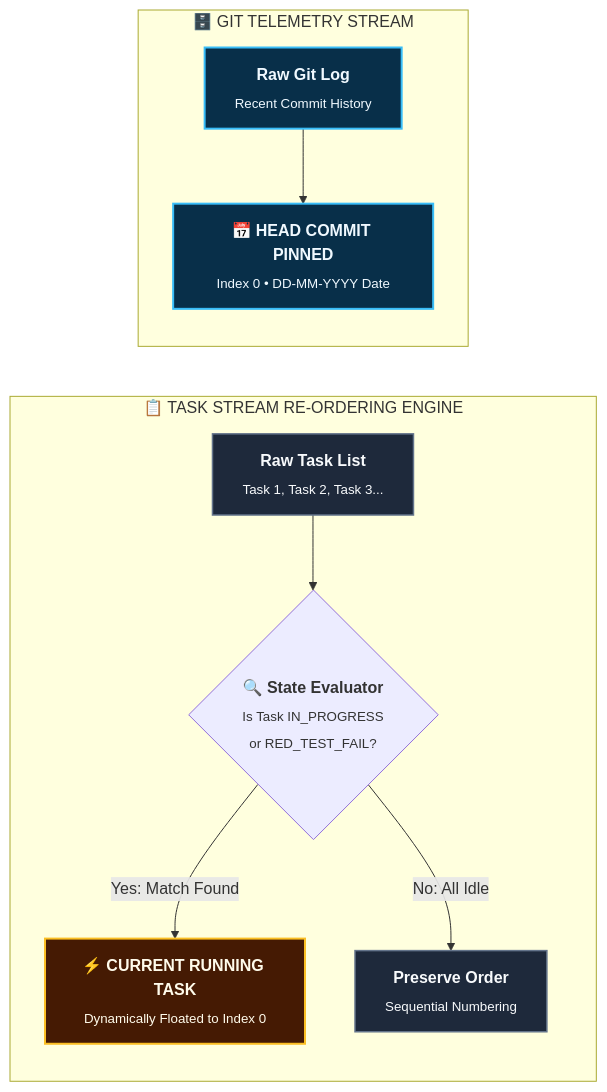
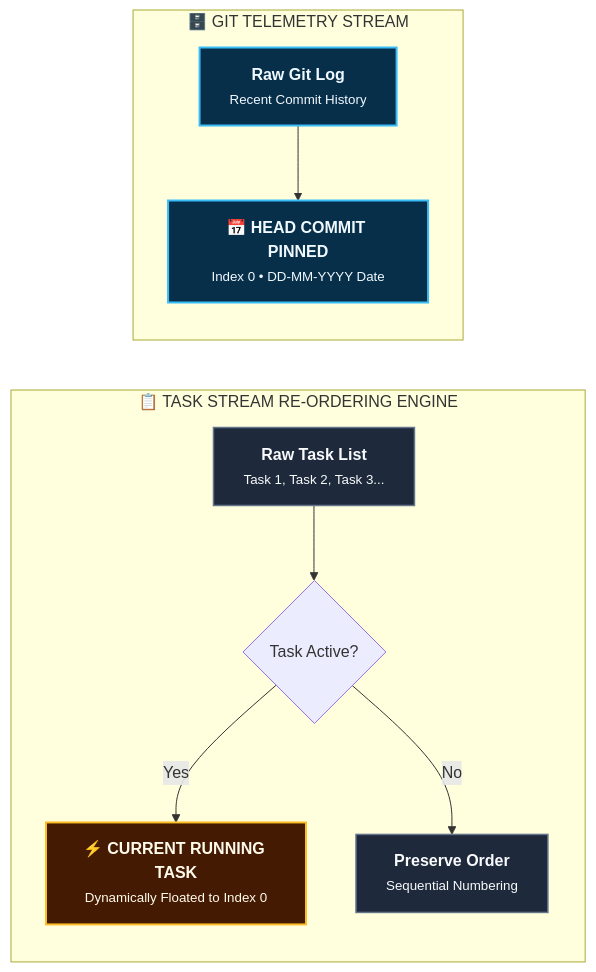
One commit to rmsofficialsyt/Agentic-AI-Vibe-Coding-AND-SDD-TDD-Codebase-Chandan-Adhikary changed the second of 4 diagrams in SDD-TDD-Chandan-Adhikary/Spec-Driven-Development/Project-Manager-Dashboard/README.md. Above: the diagram before and after it, drawn with Mermaid. The commit also changed other lines of this file and 27 other files, not shown here.

Commit message:
docs: resolve text overlap and scattering across all diagrams via semantic typography and layout contracts

````diff
--- a/SDD-TDD-Chandan-Adhikary/Spec-Driven-Development/Project-Manager-Dashboard/README.md
+++ b/SDD-TDD-Chandan-Adhikary/Spec-Driven-Development/Project-Manager-Dashboard/README.md
@@ -67,16 +69,16 @@
 ```mermaid
 flowchart LR
     classDef active fill:#451a03,stroke:#fbbf24,stroke-width:2px,color:#fffbeb;
     classDef normal fill:#1e293b,stroke:#64748b,stroke-width:1.5px,color:#f8fafc;
     classDef git fill:#082f49,stroke:#38bdf8,stroke-width:2px,color:#f0f9ff;
 
     subgraph TaskStream ["📋 TASK STREAM RE-ORDERING ENGINE"]
-        IncomingTasks["<b>Raw Task List</b><br/><sub>Task 1, Task 2, Task 3...</sub>"]:::normal --> StateCheck{"<b>🔍 State Evaluator</b><br/><sub>Is Task IN_PROGRESS<br/>or RED_TEST_FAIL?</sub>"}
-        StateCheck -->|"Yes: Match Found"| FloatTop["<b>⚡ CURRENT RUNNING TASK</b><br/><sub>Dynamically Floated to Index 0</sub>"]:::active
-        StateCheck -->|"No: All Idle"| NaturalOrder["<b>Preserve Order</b><br/><sub>Sequential Numbering</sub>"]:::normal
+        IncomingTasks["<b>Raw Task List</b><br/><small>Task 1, Task 2, Task 3...</small>"]:::normal --> StateCheck{"Task Active?"}
+        StateCheck -->|"Yes"| FloatTop["<b>⚡ CURRENT RUNNING TASK</b><br/><small>Dynamically Floated to Index 0</small>"]:::active
+        StateCheck -->|"No"| NaturalOrder["<b>Preserve Order</b><br/><small>Sequential Numbering</small>"]:::normal
     end
 
     subgraph GitStream ["🗄️ GIT TELEMETRY STREAM"]
-        GitLog["<b>Raw Git Log</b><br/><sub>Recent Commit History</sub>"]:::git --> PinHead["<b>📅 HEAD COMMIT PINNED</b><br/><sub>Index 0 • DD-MM-YYYY Date</sub>"]:::git
+        GitLog["<b>Raw Git Log</b><br/><small>Recent Commit History</small>"]:::git --> PinHead["<b>📅 HEAD COMMIT PINNED</b><br/><small>Index 0 • DD-MM-YYYY Date</small>"]:::git
     end
 ```
````
